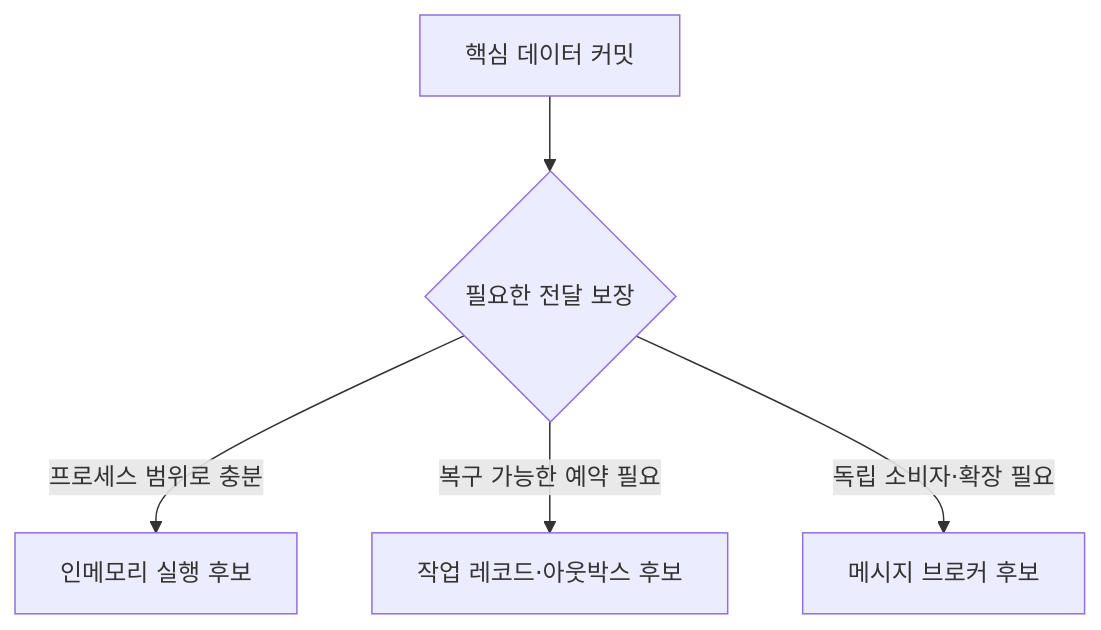
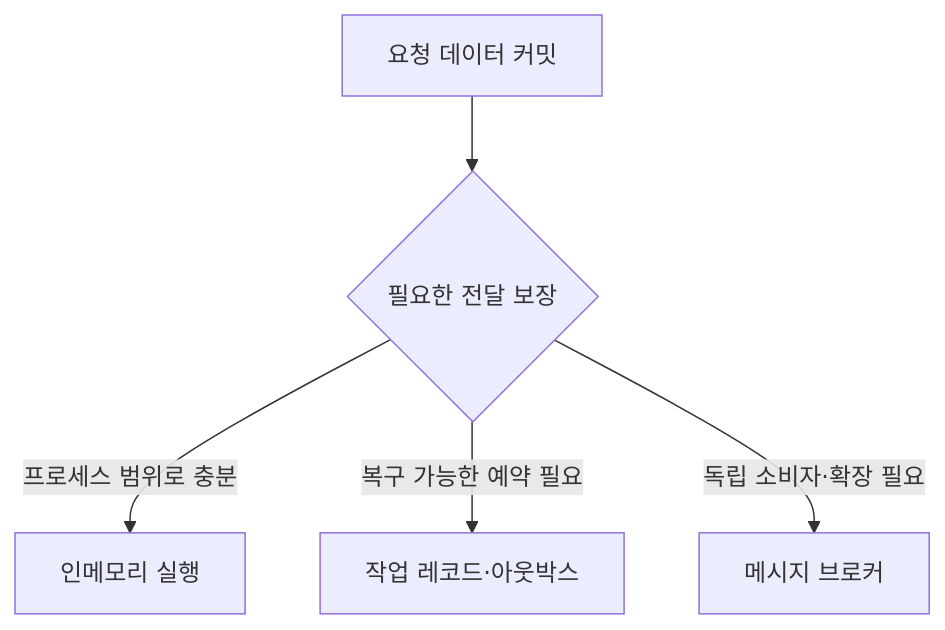
Before and after one commit to jiwon11/jiwon11.github.io: the fourth of 10 diagrams in _posts/2026-06-29-ai-conversation-post-processing-pipeline.md, drawn with Mermaid. The commit also changed other lines of this file and 6 other files, not shown here.

```diff
--- a/_posts/2026-06-29-ai-conversation-post-processing-pipeline.md
+++ b/_posts/2026-06-29-ai-conversation-post-processing-pipeline.md
@@ -155,8 +155,8 @@
 ~~~mermaid
 flowchart TB
-    COMMIT["핵심 데이터 커밋"]
+    COMMIT["요청 데이터 커밋"]
     COMMIT --> M{"필요한 전달 보장"}
-    M -->|"프로세스 범위로 충분"| MEM["인메모리 실행 후보"]
-    M -->|"복구 가능한 예약 필요"| OUT["작업 레코드·아웃박스 후보"]
-    M -->|"독립 소비자·확장 필요"| MQ["메시지 브로커 후보"]
+    M -->|"프로세스 범위로 충분"| MEM["인메모리 실행"]
+    M -->|"복구 가능한 예약 필요"| OUT["작업 레코드·아웃박스"]
+    M -->|"독립 소비자·확장 필요"| MQ["메시지 브로커"]
 ~~~
```
